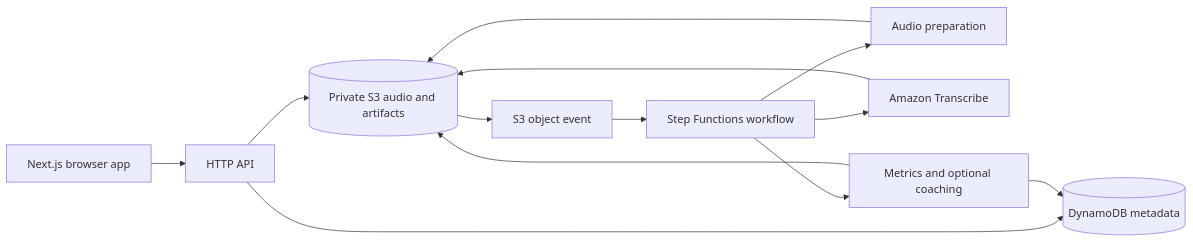
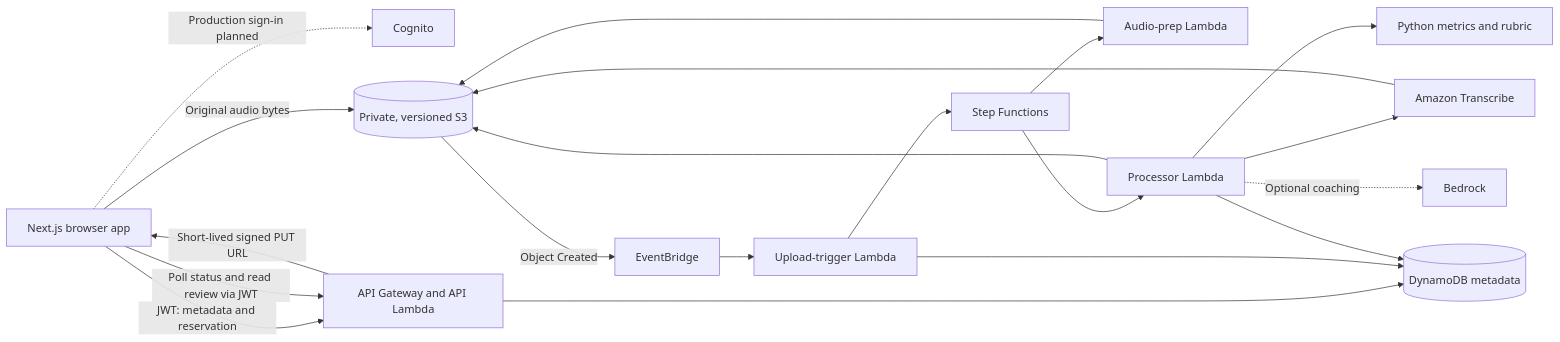
One commit to sux005/DS3_SpeakUp changed the diagram in docs/DesignDoc.md. Above: the diagram before and after it, drawn with Mermaid. The commit also changed other lines of this file and 1 other file, not shown here.

````diff
--- a/docs/DesignDoc.md
+++ b/docs/DesignDoc.md
@@ -20,15 +19,22 @@
 ```mermaid
 flowchart LR
-    Browser[Next.js browser app] --> API[HTTP API]
+    Browser[Next.js browser app] -.->|Production sign-in planned| Cognito[Cognito]
+    Browser -->|JWT: metadata and reservation| API[API Gateway and API Lambda]
     API --> DDB[(DynamoDB metadata)]
-    API --> S3[(Private S3 audio and artifacts)]
-    S3 --> Event[S3 object event]
-    Event --> SF[Step Functions workflow]
-    SF --> Prep[Audio preparation]
-    SF --> ASR[Amazon Transcribe]
-    SF --> Processor[Metrics and optional coaching]
+    API -->|Short-lived signed PUT URL| Browser
+    Browser -->|Original audio bytes| S3[(Private, versioned S3)]
+    S3 -->|Object Created| EventBridge[EventBridge]
+    EventBridge --> Trigger[Upload-trigger Lambda]
+    Trigger --> DDB
+    Trigger --> Workflow[Step Functions]
+    Workflow --> Prep[Audio-prep Lambda]
     Prep --> S3
-    ASR --> S3
+    Workflow --> Processor[Processor Lambda]
+    Processor --> Transcribe[Amazon Transcribe]
+    Transcribe --> S3
+    Processor --> Scoring[Python metrics and rubric]
+    Processor -.->|Optional coaching| Bedrock[Bedrock]
     Processor --> S3
     Processor --> DDB
+    Browser -->|Poll status and read review via JWT| API
 ```
````
